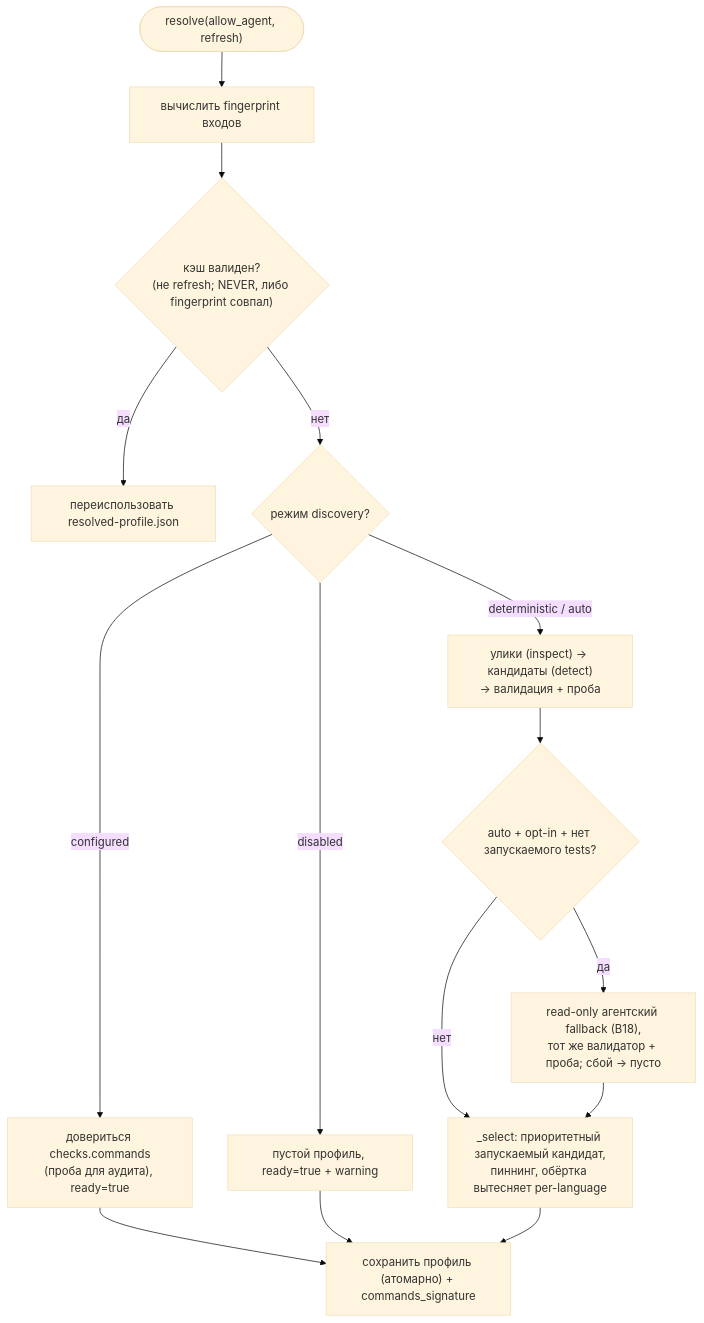
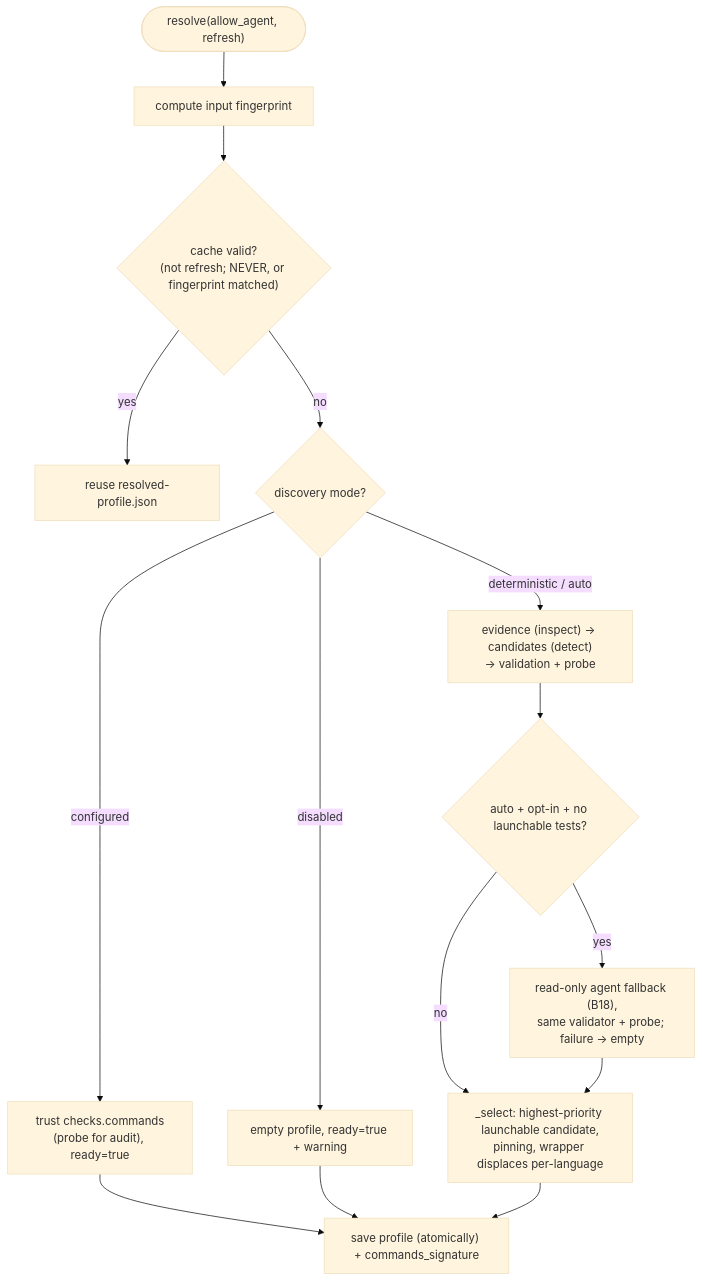
Before and after one commit to VladimirMakarevich/wastech-orchestrator: the diagram in docs/functional/blocks/B23-check-discovery.md, drawn with Mermaid (base theme). The commit also changed other lines of this file and 41 other files, not shown here.

Commit message:
docs: translate system flows documentation from Russian to English, ensuring clarity and consistency in terminology. Update sequence diagrams and flowcharts to reflect the changes in language. Maintain the structure and references to blocks for ease of navigation.

````diff
--- a/docs/functional/blocks/B23-check-discovery.md
+++ b/docs/functional/blocks/B23-check-discovery.md
@@ -52,17 +52,17 @@
 ```mermaid
 flowchart TB
-    start(["resolve(allow_agent, refresh)"]) --> fp["вычислить fingerprint входов"]
-    fp --> cache{"кэш валиден?<br/>(не refresh; NEVER, либо fingerprint совпал)"}
-    cache -->|да| reuse["переиспользовать resolved-profile.json"]
-    cache -->|нет| mode{"режим discovery?"}
-    mode -->|configured| conf["довериться checks.commands<br/>(проба для аудита), ready=true"]
-    mode -->|disabled| dis["пустой профиль, ready=true + warning"]
-    mode -->|"deterministic / auto"| det["улики (inspect) → кандидаты (detect)<br/>→ валидация + проба"]
-    det --> ag{"auto + opt-in + нет запускаемого tests?"}
-    ag -->|да| agent["read-only агентский fallback (B18),<br/>тот же валидатор + проба; сбой → пусто"]
-    ag -->|нет| sel
-    agent --> sel["_select: приоритетный запускаемый кандидат,<br/>пиннинг, обёртка вытесняет per-language"]
+    start(["resolve(allow_agent, refresh)"]) --> fp["compute input fingerprint"]
+    fp --> cache{"cache valid?<br/>(not refresh; NEVER, or fingerprint matched)"}
+    cache -->|yes| reuse["reuse resolved-profile.json"]
+    cache -->|no| mode{"discovery mode?"}
+    mode -->|configured| conf["trust checks.commands<br/>(probe for audit), ready=true"]
+    mode -->|disabled| dis["empty profile, ready=true + warning"]
+    mode -->|"deterministic / auto"| det["evidence (inspect) → candidates (detect)<br/>→ validation + probe"]
+    det --> ag{"auto + opt-in + no launchable tests?"}
+    ag -->|yes| agent["read-only agent fallback (B18),<br/>same validator + probe; failure → empty"]
+    ag -->|no| sel
+    agent --> sel["_select: highest-priority launchable candidate,<br/>pinning, wrapper displaces per-language"]
     conf --> save
     dis --> save
-    sel --> save["сохранить профиль (атомарно) + commands_signature"]
+    sel --> save["save profile (atomically) + commands_signature"]
 ```
````
